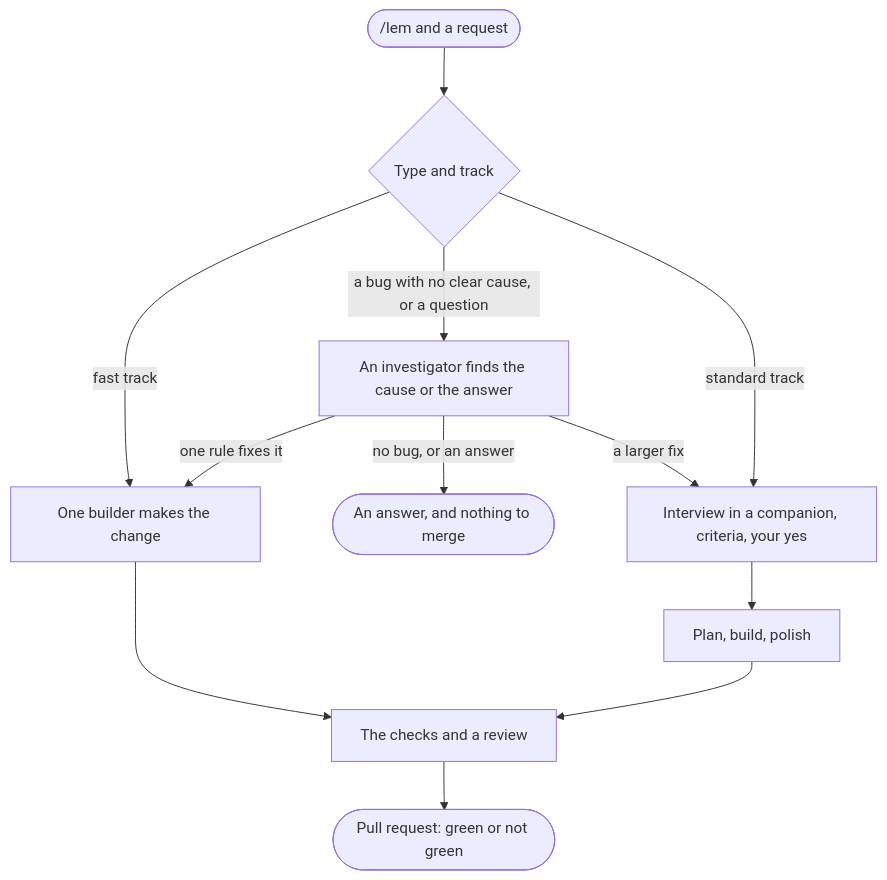
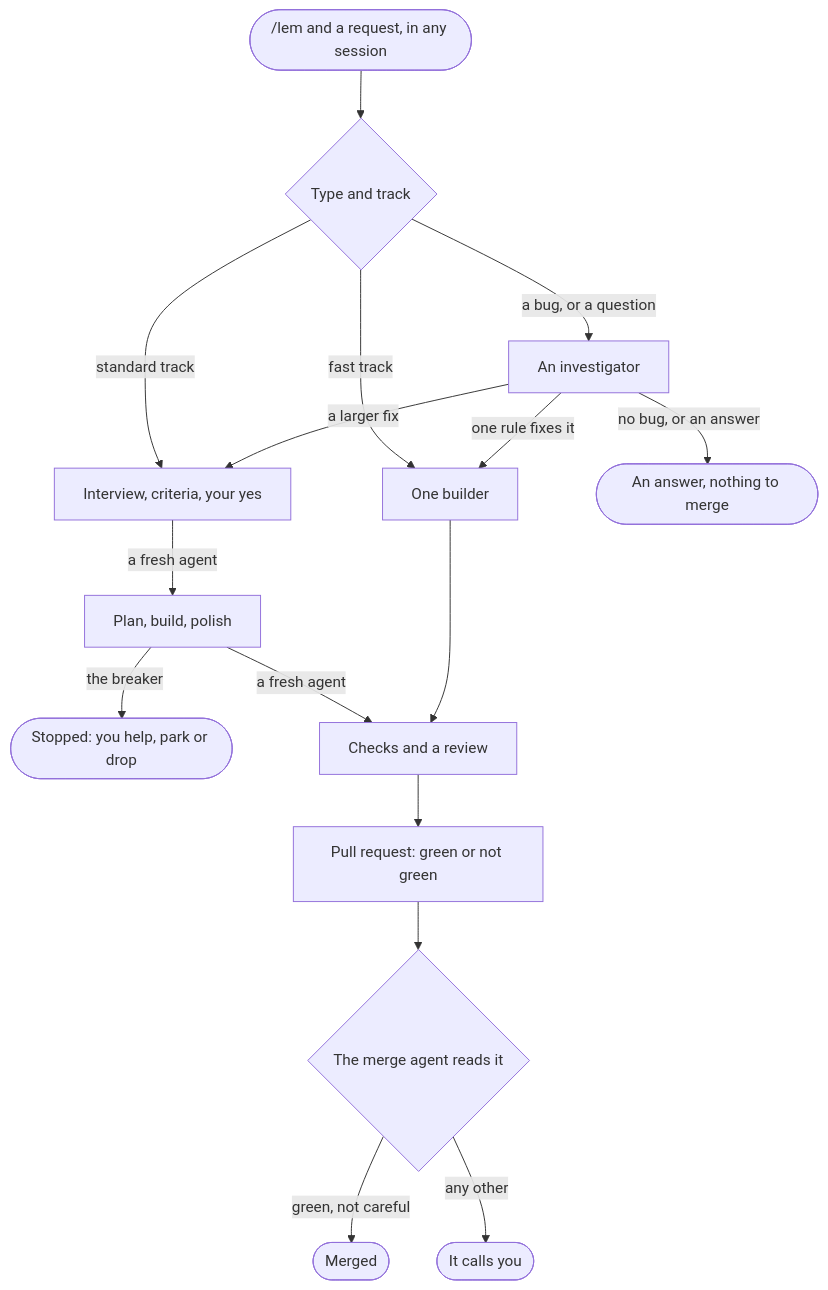
The diagram in docs/flow.md (pySilver/lem), drawn with Mermaid before and after one commit. The commit also changed other lines of this file and 181 other files, not shown here.

First line of the commit message:
feat(lem): a session for each task, a merge agent, and the board as a served app

````diff
--- a/docs/flow.md
+++ b/docs/flow.md
@@ -3,14 +3,18 @@
 ```mermaid
 flowchart TD
-    req(["/lem and a request"]) --> track{"Type and track"}
-    track -- "fast track" --> one["One builder makes the change"]
-    track -- "a bug with no clear cause, or a question" --> inv["An investigator finds the cause or the answer"]
-    track -- "standard track" --> crit["Interview in a companion, criteria, your yes"]
+    req(["/lem and a request, in any session"]) --> track{"Type and track"}
+    track -- "fast track" --> one["One builder"]
+    track -- "a bug, or a question" --> inv["An investigator"]
+    track -- "standard track" --> crit["Interview, criteria, your yes"]
     inv -- "one rule fixes it" --> one
-    inv -- "no bug, or an answer" --> stop(["An answer, and nothing to merge"])
+    inv -- "no bug, or an answer" --> stop(["An answer, nothing to merge"])
     inv -- "a larger fix" --> crit
-    one --> checks["The checks and a review"]
-    crit --> plan["Plan, build, polish"]
-    plan --> checks
-    checks --> pr(["Pull request: green or not green"])
+    crit -- "a fresh agent" --> plan["Plan, build, polish"]
+    plan -- "the breaker" --> brk(["Stopped: you help, park or drop"])
+    plan -- "a fresh agent" --> checks["Checks and a review"]
+    one --> checks
+    checks --> pr["Pull request: green or not green"]
+    pr --> merger{"The merge agent reads it"}
+    merger -- "green, not careful" --> merged(["Merged"])
+    merger -- "any other" --> you(["It calls you"])
 ```
````
